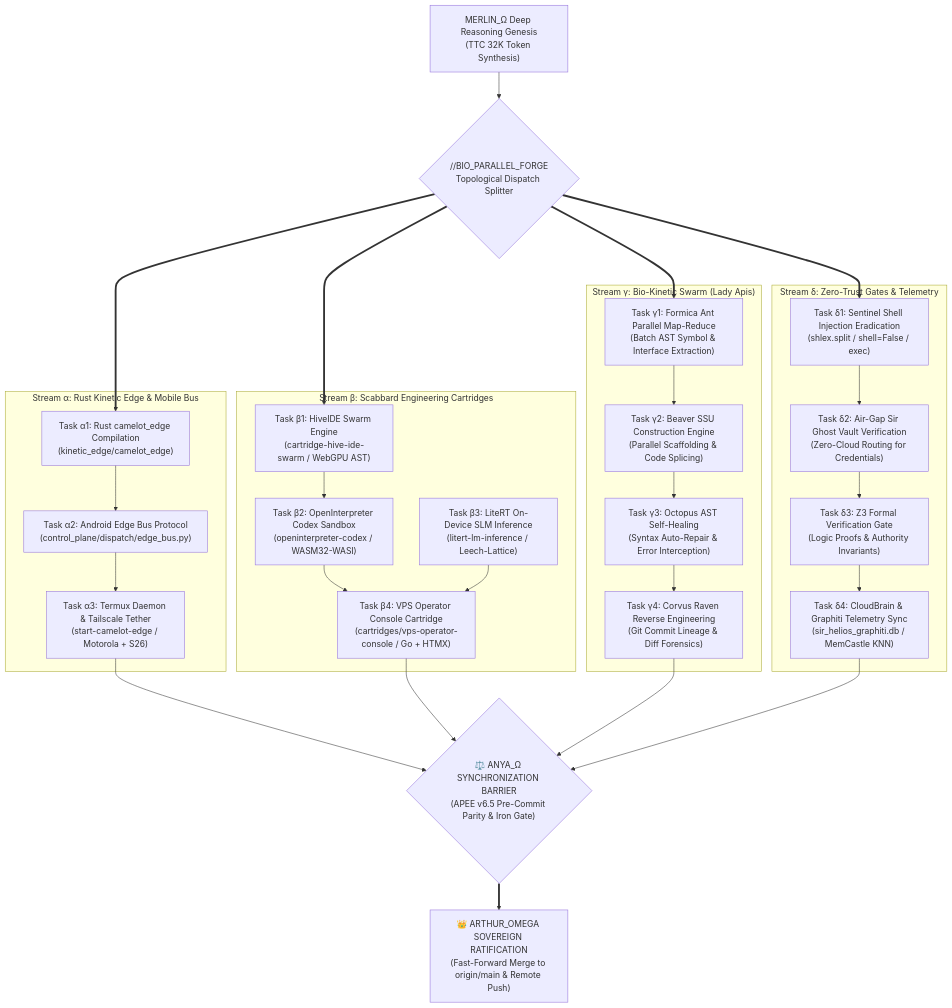
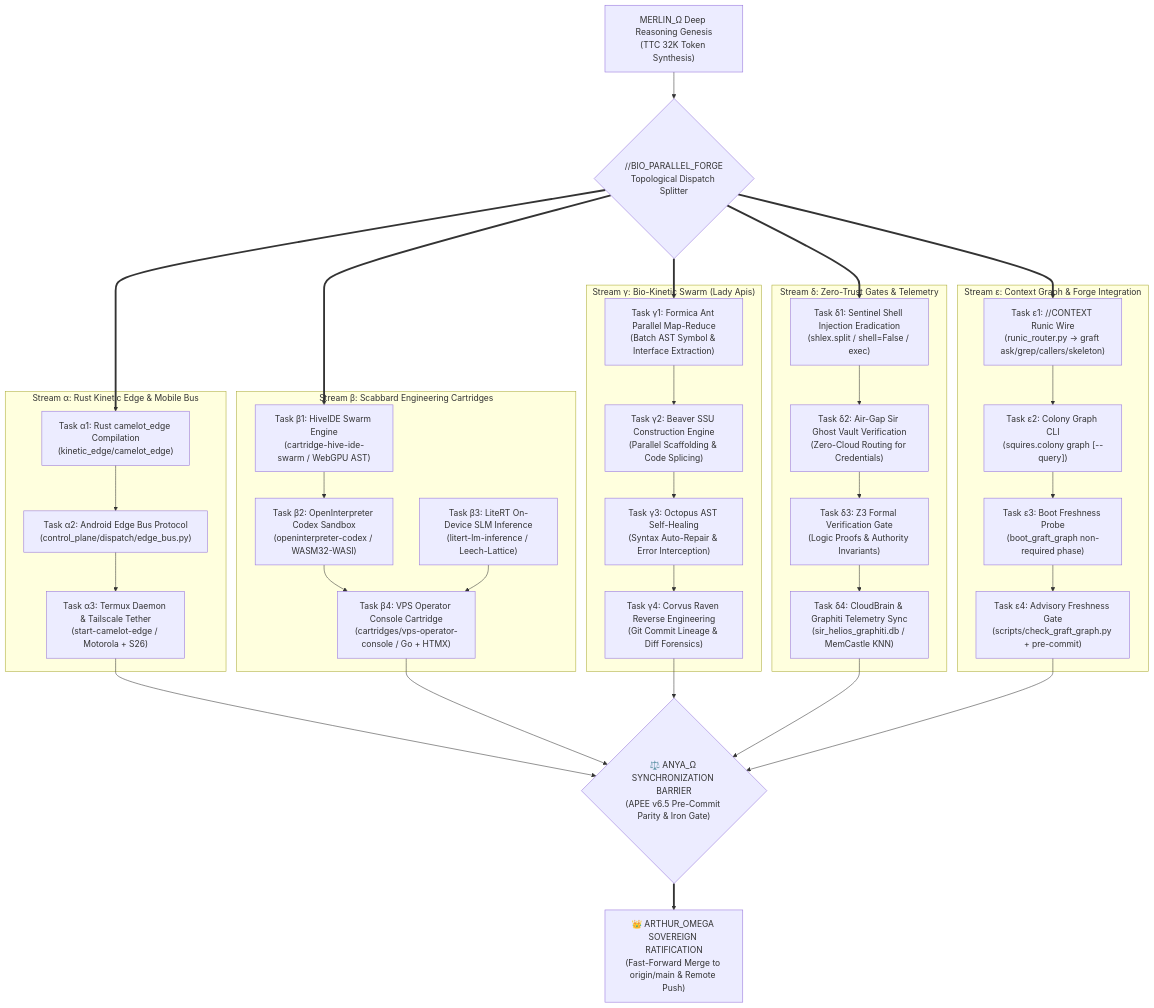
Before and after one commit to Cyberdad247/Camelot-Ecosystem: the diagram in vfs/blueprint.md, drawn with Mermaid. The commit also changed 6 other files, not shown here.

Commit message:
docs(graft): mirror graft context blocks, forge vfs triad (DG-401-405, Stream E, P12), ignore model weights

````diff
--- a/vfs/blueprint.md
+++ b/vfs/blueprint.md
@@ -21,56 +21,67 @@
 ```mermaid
 graph TD
     %% Genesis Node
     G["MERLIN_Ω Deep Reasoning Genesis<br/>(TTC 32K Token Synthesis)"] --> SPLIT{"//BIO_PARALLEL_FORGE<br/>Topological Dispatch Splitter"}
 
     %% Stream Alpha: Rust Kinetic Edge & Mobile
     subgraph "Stream α: Rust Kinetic Edge & Mobile Bus"
         A1["Task α1: Rust camelot_edge Compilation<br/>(kinetic_edge/camelot_edge)"]
         A2["Task α2: Android Edge Bus Protocol<br/>(control_plane/dispatch/edge_bus.py)"]
         A3["Task α3: Termux Daemon & Tailscale Tether<br/>(start-camelot-edge / Motorola + S26)"]
         A1 --> A2 --> A3
     end
 
     %% Stream Beta: Engineering Cartridges
     subgraph "Stream β: Scabbard Engineering Cartridges"
         B1["Task β1: HiveIDE Swarm Engine<br/>(cartridge-hive-ide-swarm / WebGPU AST)"]
         B2["Task β2: OpenInterpreter Codex Sandbox<br/>(openinterpreter-codex / WASM32-WASI)"]
         B3["Task β3: LiteRT On-Device SLM Inference<br/>(litert-lm-inference / Leech-Lattice)"]
         B4["Task β4: VPS Operator Console Cartridge<br/>(cartridges/vps-operator-console / Go + HTMX)"]
         B1 --> B2 --> B4
         B3 --> B4
     end
 
     %% Stream Gamma: Bio-Kinetic Horde & Fauna Swarm
     subgraph "Stream γ: Bio-Kinetic Swarm (Lady Apis)"
         C1["Task γ1: Formica Ant Parallel Map-Reduce<br/>(Batch AST Symbol & Interface Extraction)"]
         C2["Task γ2: Beaver SSU Construction Engine<br/>(Parallel Scaffolding & Code Splicing)"]
         C3["Task γ3: Octopus AST Self-Healing<br/>(Syntax Auto-Repair & Error Interception)"]
         C4["Task γ4: Corvus Raven Reverse Engineering<br/>(Git Commit Lineage & Diff Forensics)"]
         C1 --> C2 --> C3 --> C4
     end
 
     %% Stream Delta: Zero-Trust Security & Telemetry
     subgraph "Stream δ: Zero-Trust Gates & Telemetry"
         D1["Task δ1: Sentinel Shell Injection Eradication<br/>(shlex.split / shell=False / exec)"]
         D2["Task δ2: Air-Gap Sir Ghost Vault Verification<br/>(Zero-Cloud Routing for Credentials)"]
         D3["Task δ3: Z3 Formal Verification Gate<br/>(Logic Proofs & Authority Invariants)"]
         D4["Task δ4: CloudBrain & Graphiti Telemetry Sync<br/>(sir_helios_graphiti.db / MemCastle KNN)"]
         D1 --> D2 --> D3 --> D4
     end
 
+    %% Stream Epsilon: Context Graph & Forge Integration
+    subgraph "Stream ε: Context Graph & Forge Integration"
+        E1["Task ε1: //CONTEXT Runic Wire<br/>(runic_router.py → graft ask/grep/callers/skeleton)"]
+        E2["Task ε2: Colony Graph CLI<br/>(squires.colony graph [--query])"]
+        E3["Task ε3: Boot Freshness Probe<br/>(boot_graft_graph non-required phase)"]
+        E4["Task ε4: Advisory Freshness Gate<br/>(scripts/check_graft_graph.py + pre-commit)"]
+        E1 --> E2 --> E3 --> E4
+    end
+
     %% Topological Dispatch Connections
     SPLIT ==> A1
     SPLIT ==> B1
     SPLIT ==> C1
     SPLIT ==> D1
+    SPLIT ==> E1
 
     %% Synchronization Barriers
     A3 --> BARRIER{"⚖️ ANYA_Ω SYNCHRONIZATION BARRIER<br/>(APEE v6.5 Pre-Commit Parity & Iron Gate)"}
     B4 --> BARRIER
     C4 --> BARRIER
     D4 --> BARRIER
+    E4 --> BARRIER
 
     %% Final Convergence
     BARRIER ==> CONVERGE["👑 ARTHUR_OMEGA SOVEREIGN RATIFICATION<br/>(Fast-Forward Merge to origin/main & Remote Push)"]
 ```
````
